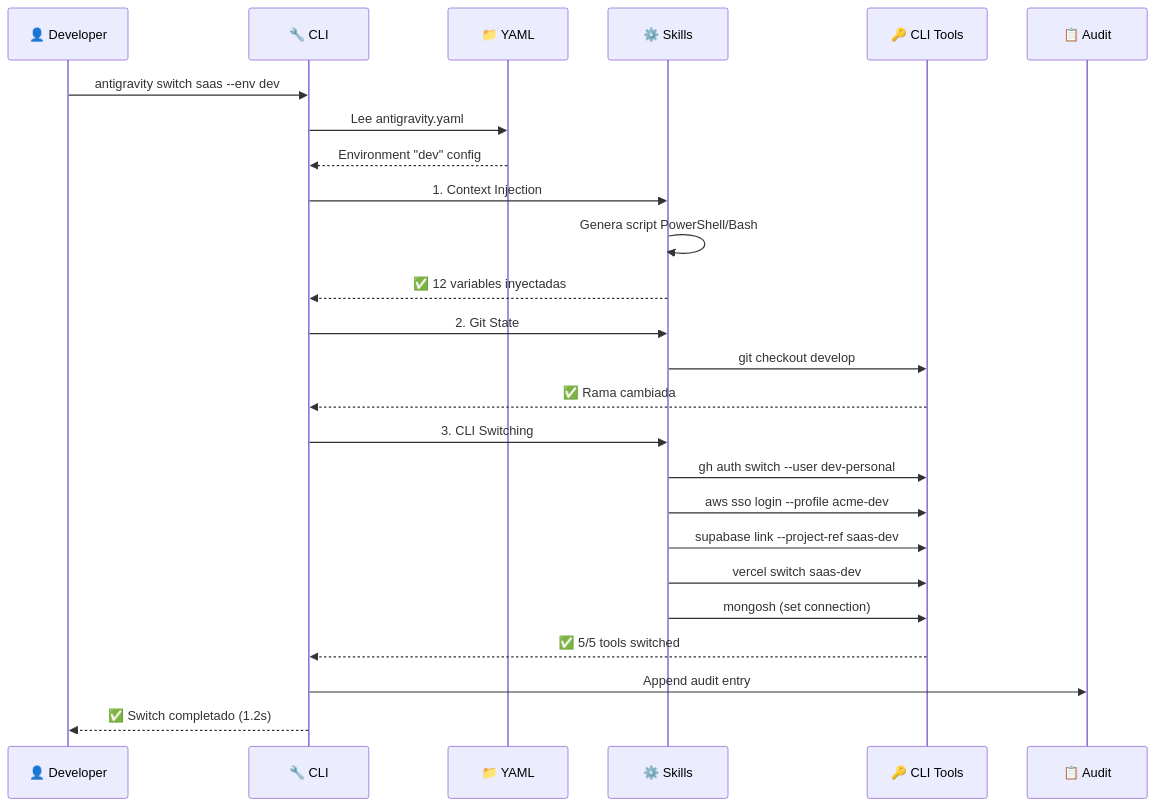
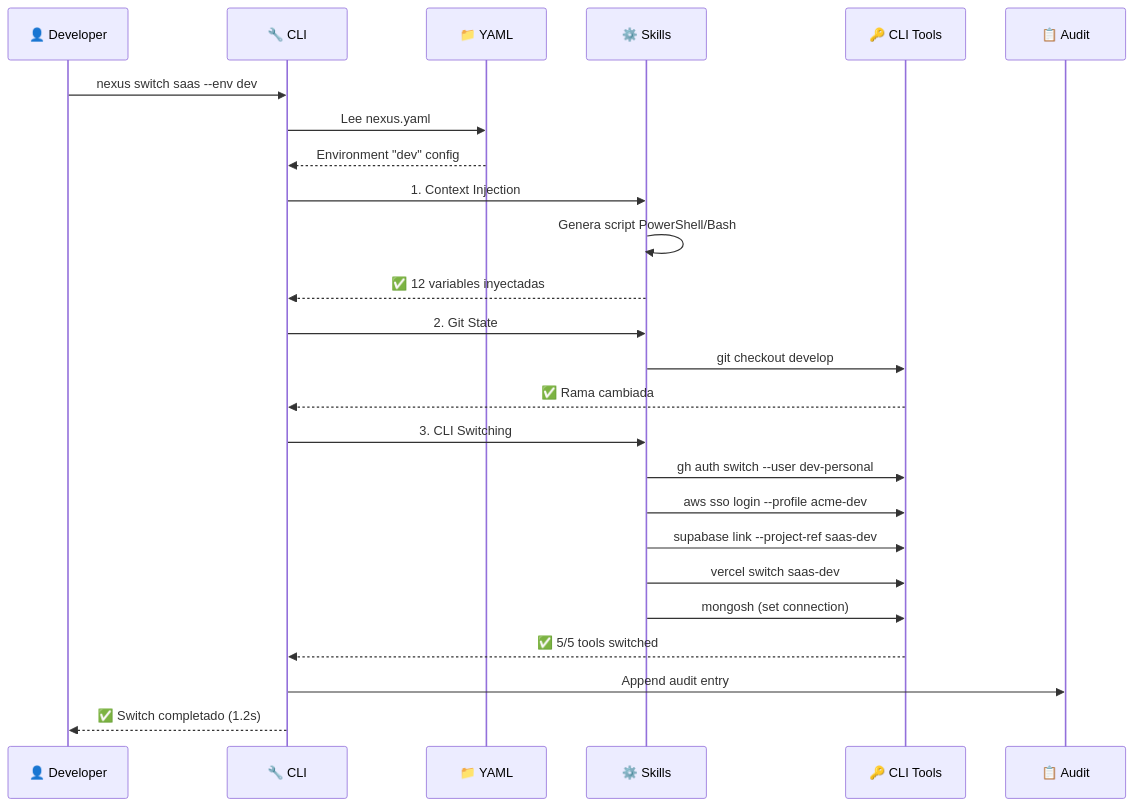
Before and after one commit to Epigibson/Nexus: the second of 4 diagrams in docs/architecture.mdx, drawn with Mermaid. The commit also changed other lines of this file and 58 other files, not shown here.

Commit message:
Rebranding masivo de sistema a Nexus y fix de CLI para Linux

````diff
--- a/docs/architecture.mdx
+++ b/docs/architecture.mdx
@@ -68,32 +68,32 @@
 ```mermaid
 sequenceDiagram
     participant Dev as 👤 Developer
     participant CLI as 🔧 CLI
     participant Config as 📁 YAML
     participant Skills as ⚙️ Skills
     participant Tools as 🔑 CLI Tools
     participant Audit as 📋 Audit
 
-    Dev->>CLI: antigravity switch saas --env dev
-    CLI->>Config: Lee antigravity.yaml
+    Dev->>CLI: nexus switch saas --env dev
+    CLI->>Config: Lee nexus.yaml
     Config-->>CLI: Environment "dev" config
 
     CLI->>Skills: 1. Context Injection
     Skills->>Skills: Genera script PowerShell/Bash
     Skills-->>CLI: ✅ 12 variables inyectadas
 
     CLI->>Skills: 2. Git State
     Skills->>Tools: git checkout develop
     Tools-->>CLI: ✅ Rama cambiada
 
     CLI->>Skills: 3. CLI Switching
     Skills->>Tools: gh auth switch --user dev-personal
     Skills->>Tools: aws sso login --profile acme-dev
     Skills->>Tools: supabase link --project-ref saas-dev
     Skills->>Tools: vercel switch saas-dev
     Skills->>Tools: mongosh (set connection)
     Tools-->>CLI: ✅ 5/5 tools switched
 
     CLI->>Audit: Append audit entry
     CLI-->>Dev: ✅ Switch completado (1.2s)
 ```
````
